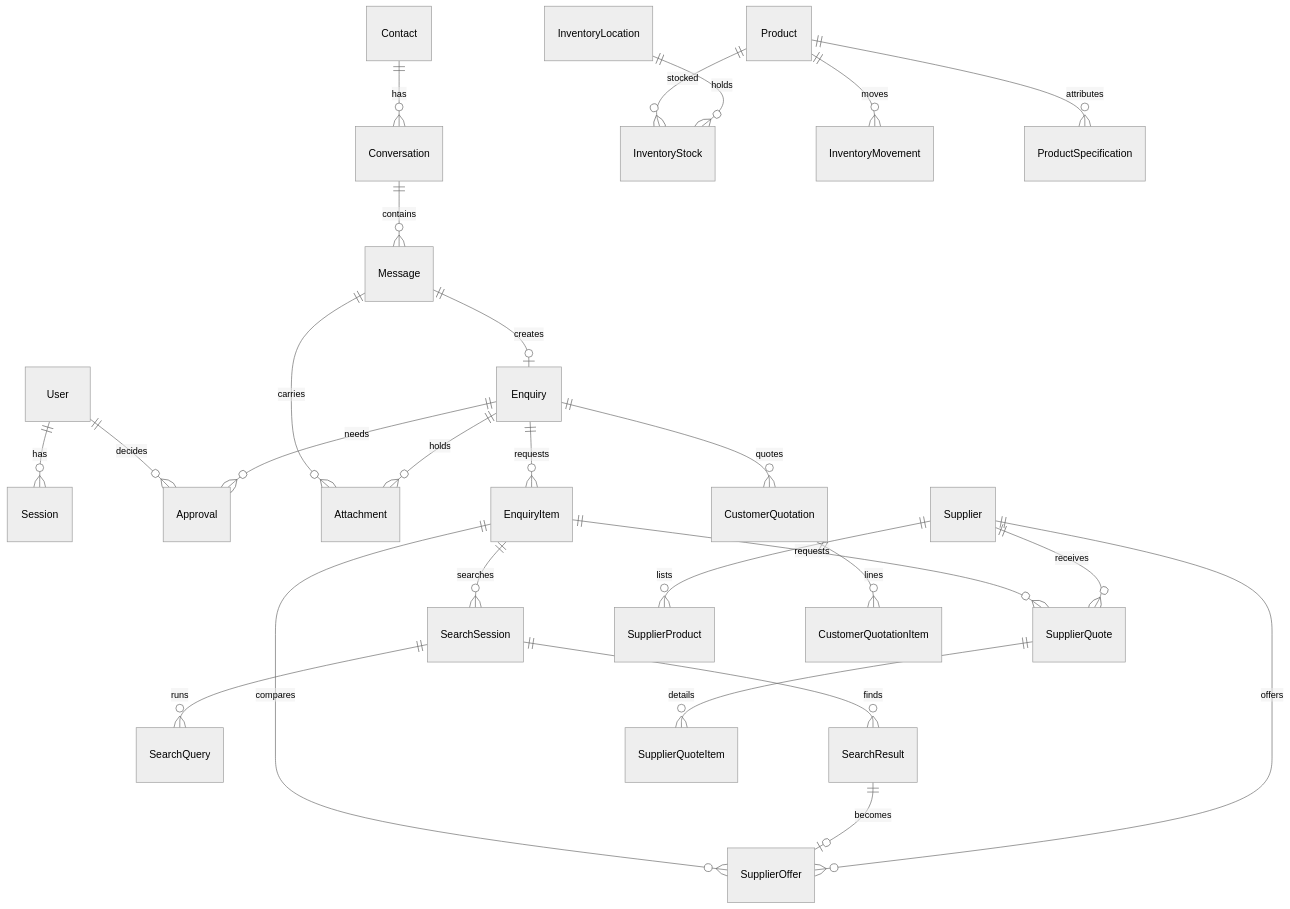
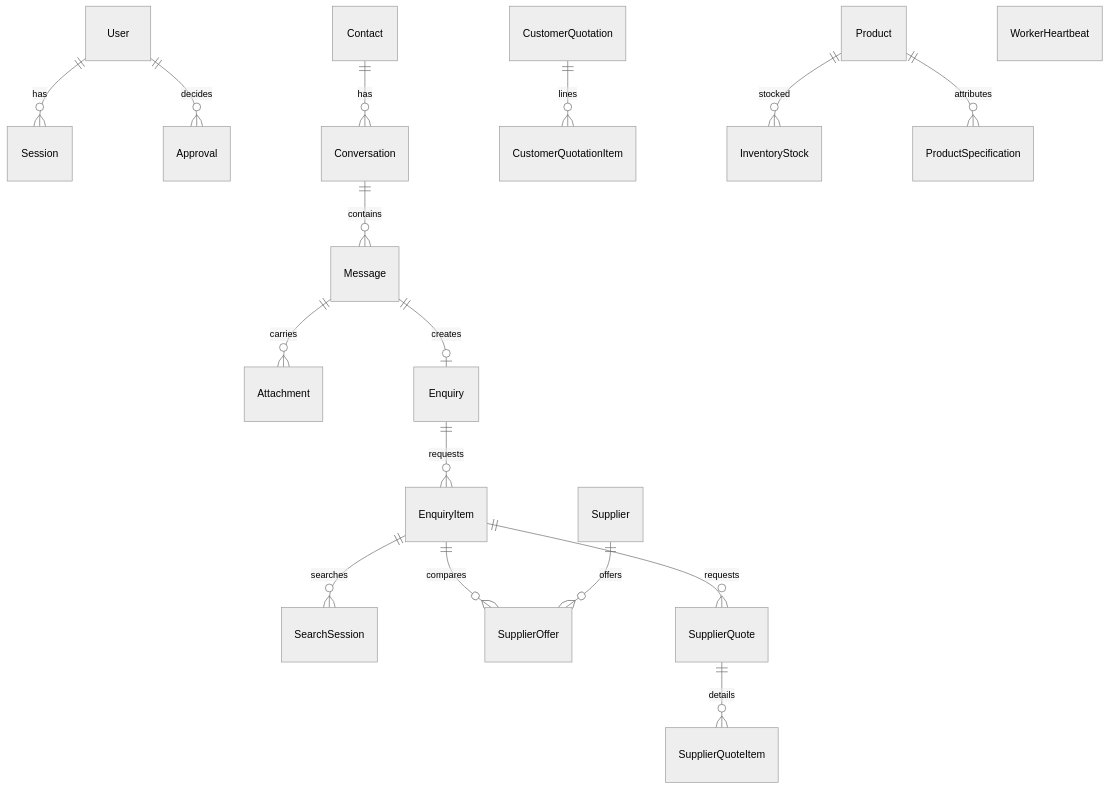
One commit to zeeshan-don/mfbmt changed the diagram in docs/DATABASE.md. Above: the diagram before and after it, drawn with Mermaid (neutral theme). The commit also changed other lines of this file and 79 other files, not shown here.

````diff
--- a/docs/DATABASE.md
+++ b/docs/DATABASE.md
@@ -11,28 +14,19 @@
 ```mermaid
 erDiagram
   User ||--o{ Session : has
   User ||--o{ Approval : decides
   Contact ||--o{ Conversation : has
   Conversation ||--o{ Message : contains
   Message ||--o{ Attachment : carries
   Message ||--o| Enquiry : creates
   Enquiry ||--o{ EnquiryItem : requests
-  Enquiry ||--o{ Attachment : holds
-  Enquiry ||--o{ Approval : needs
-  Enquiry ||--o{ CustomerQuotation : quotes
   EnquiryItem ||--o{ SearchSession : searches
   EnquiryItem ||--o{ SupplierOffer : compares
   EnquiryItem ||--o{ SupplierQuote : requests
-  SearchSession ||--o{ SearchQuery : runs
-  SearchSession ||--o{ SearchResult : finds
-  SearchResult ||--o| SupplierOffer : becomes
-  Supplier ||--o{ SupplierProduct : lists
   Supplier ||--o{ SupplierOffer : offers
-  Supplier ||--o{ SupplierQuote : receives
   SupplierQuote ||--o{ SupplierQuoteItem : details
   CustomerQuotation ||--o{ CustomerQuotationItem : lines
   Product ||--o{ InventoryStock : stocked
-  Product ||--o{ InventoryMovement : moves
   Product ||--o{ ProductSpecification : attributes
-  InventoryLocation ||--o{ InventoryStock : holds
+  WorkerHeartbeat
 ```
````
